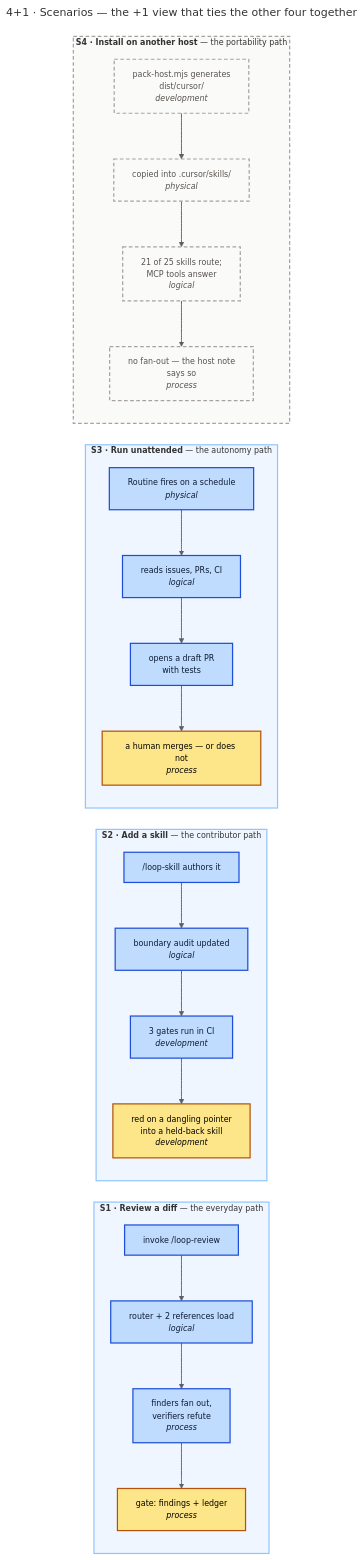
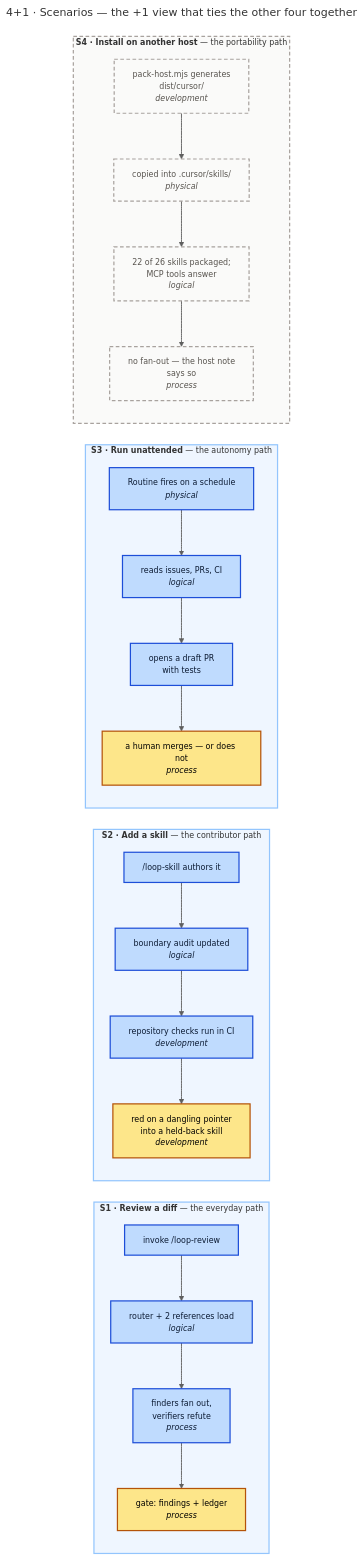
One commit to santapong/Proof changed the diagram in docs/c4/diagrams/src/view-scenarios.mmd. Above: the diagram before and after it, drawn with Mermaid. The commit also changed 36 other files, not shown here.

Commit message:
docs: refresh README and architecture with verified SVG diagrams

```diff
--- a/docs/c4/diagrams/src/view-scenarios.mmd
+++ b/docs/c4/diagrams/src/view-scenarios.mmd
@@ -1,36 +1,36 @@
 ---
 title: "4+1 · Scenarios — the +1 view that ties the other four together"
 ---
 %%{init: {"flowchart": {"curve": "basis", "nodeSpacing": 35, "rankSpacing": 50}, "themeVariables": {"fontFamily": "Segoe UI, Helvetica, Arial, sans-serif", "fontSize": "13px"}}}%%
 flowchart LR
     subgraph s1["<b>S1 · Review a diff</b> — the everyday path"]
         direction TB
         a1["invoke /loop-review"] --> a2["router + 2 references load<br/><i>logical</i>"] --> a3["finders fan out,<br/>verifiers refute<br/><i>process</i>"] --> a4["gate: findings + ledger<br/><i>process</i>"]
     end
 
     subgraph s2["<b>S2 · Add a skill</b> — the contributor path"]
         direction TB
-        b1["/loop-skill authors it"] --> b2["boundary audit updated<br/><i>logical</i>"] --> b3["3 gates run in CI<br/><i>development</i>"] --> b4["red on a dangling pointer<br/>into a held-back skill<br/><i>development</i>"]
+        b1["/loop-skill authors it"] --> b2["boundary audit updated<br/><i>logical</i>"] --> b3["repository checks run in CI<br/><i>development</i>"] --> b4["red on a dangling pointer<br/>into a held-back skill<br/><i>development</i>"]
     end
 
     subgraph s3["<b>S3 · Run unattended</b> — the autonomy path"]
         direction TB
         c1["Routine fires on a schedule<br/><i>physical</i>"] --> c2["reads issues, PRs, CI<br/><i>logical</i>"] --> c3["opens a draft PR<br/>with tests"] --> c4["a human merges — or does not<br/><i>process</i>"]
     end
 
     subgraph s4["<b>S4 · Install on another host</b> — the portability path"]
         direction TB
-        d1["pack-host.mjs generates<br/>dist/cursor/<br/><i>development</i>"] --> d2["copied into .cursor/skills/<br/><i>physical</i>"] --> d3["21 of 25 skills route;<br/>MCP tools answer<br/><i>logical</i>"] --> d4["no fan-out — the host note<br/>says so<br/><i>process</i>"]
+        d1["pack-host.mjs generates<br/>dist/cursor/<br/><i>development</i>"] --> d2["copied into .cursor/skills/<br/><i>physical</i>"] --> d3["22 of 26 skills packaged;<br/>MCP tools answer<br/><i>logical</i>"] --> d4["no fan-out — the host note<br/>says so<br/><i>process</i>"]
     end
 
     classDef step fill:#BFDBFE,stroke:#1D4ED8,stroke-width:2px,color:#0C1B33
     classDef gatestep fill:#FDE68A,stroke:#B45309,stroke-width:2px,color:#000
     classDef planned fill:#FAFAF9,stroke:#A8A29E,stroke-width:2px,stroke-dasharray:6 4,color:#57534E
     class a1,a2,a3,b1,b2,b3,c1,c2,c3 step
     class a4,b4,c4 gatestep
     class d1,d2,d3,d4 planned
     style s1 fill:#EFF6FF,stroke:#93C5FD,stroke-width:2px
     style s2 fill:#EFF6FF,stroke:#93C5FD,stroke-width:2px
     style s3 fill:#EFF6FF,stroke:#93C5FD,stroke-width:2px
     style s4 fill:#FAFAF9,stroke:#A8A29E,stroke-width:2px,stroke-dasharray:6 4
     linkStyle default stroke:#5F5F5F,stroke-width:1.5px,color:#57534E
```
